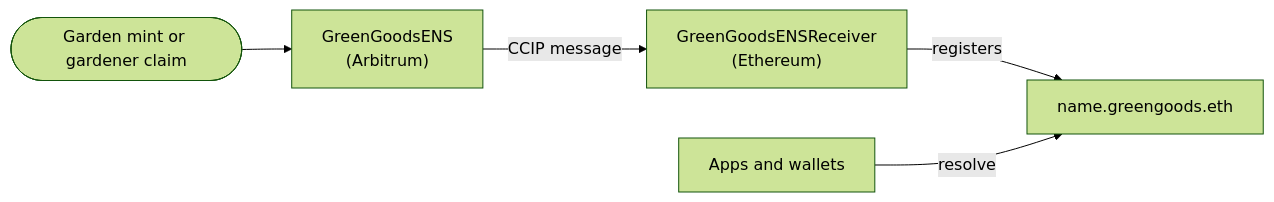
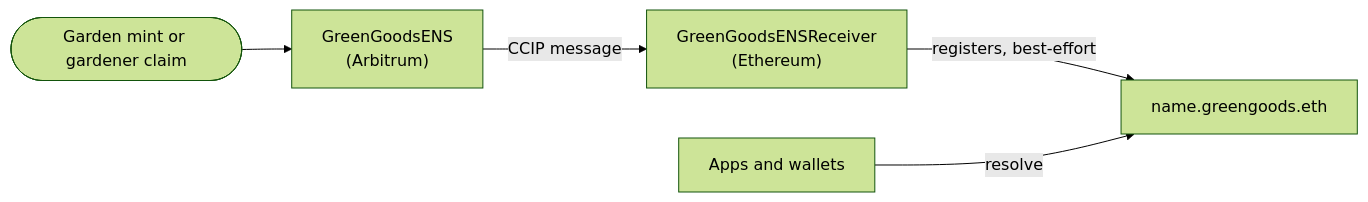
One commit to greenpill-dev-guild/green-goods changed the diagram in docs/docs/builders/integrations/ens.mdx. Above: the diagram before and after it, drawn with Mermaid (forest theme). The commit also changed other lines of this file and 15 other files, not shown here.

First line of the commit message:
docs(builders): count schema registrations for EAS, state vault custody, and mark three setups best-effort

````diff
--- a/docs/docs/builders/integrations/ens.mdx
+++ b/docs/docs/builders/integrations/ens.mdx
@@ -37,7 +46,7 @@
 ```mermaid
 flowchart LR
   claim(["Garden mint or gardener claim"]) --> sender["GreenGoodsENS<br/>(Arbitrum)"]
   sender -->|CCIP message| receiver["GreenGoodsENSReceiver<br/>(Ethereum)"]
-  receiver -->|registers| name["name.greengoods.eth"]
+  receiver -->|registers, best-effort| name["name.greengoods.eth"]
   apps["Apps and wallets"] -->|resolve| name
 ```
````
